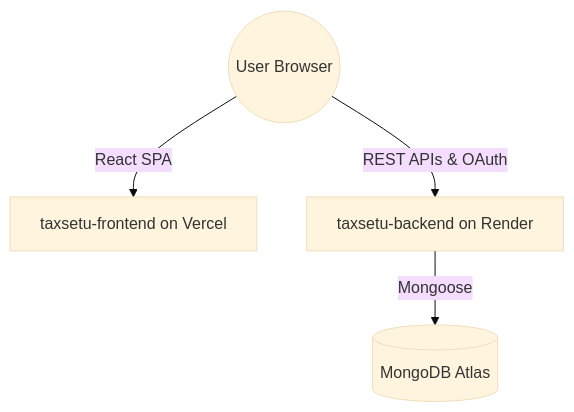
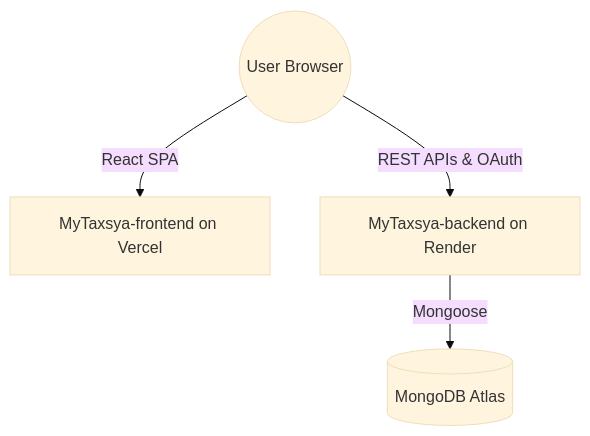
The diagram in DEPLOYMENT.md (akshattyagi730-tech/MyTaxsya), drawn with Mermaid (base theme) before and after one commit. The commit also changed other lines of this file and 16 other files, not shown here.

````diff
--- a/DEPLOYMENT.md
+++ b/DEPLOYMENT.md
@@ -9,6 +9,6 @@
 ```mermaid
 graph TD
-  User((User Browser)) -->|React SPA| Frontend[taxsetu-frontend on Vercel]
-  User -->|REST APIs & OAuth| Backend[taxsetu-backend on Render]
+  User((User Browser)) -->|React SPA| Frontend[MyTaxsya-frontend on Vercel]
+  User -->|REST APIs & OAuth| Backend[MyTaxsya-backend on Render]
   Backend -->|Mongoose| MongoDB[(MongoDB Atlas)]
 ```
````
